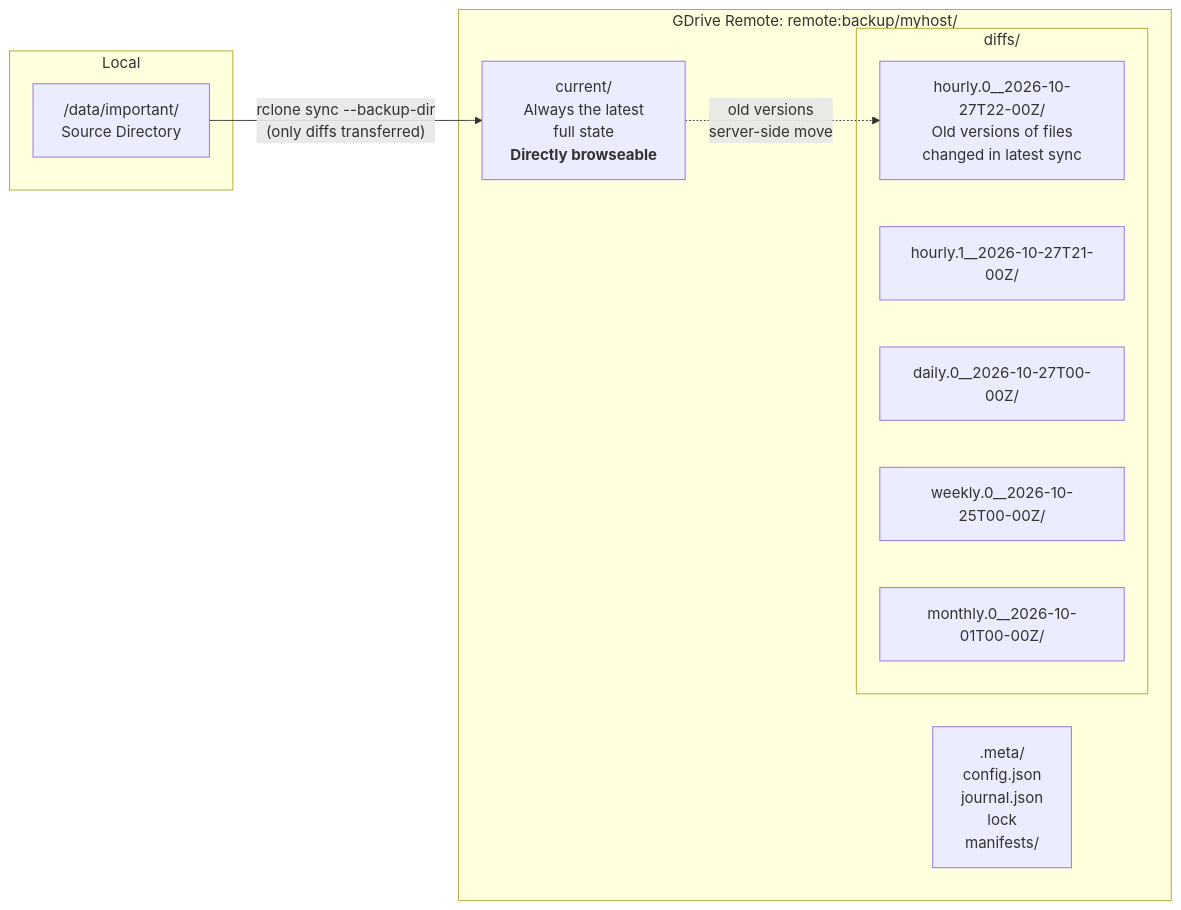
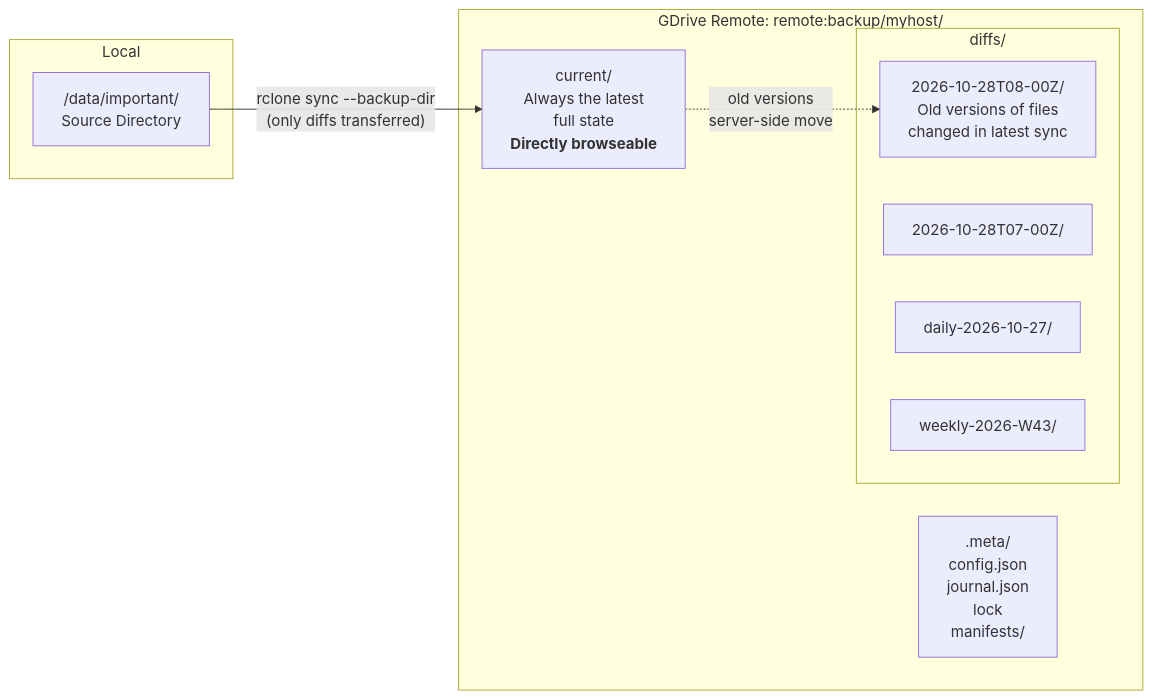
One commit to shabeer/incr_backup changed the first of 3 diagrams in docs/IMPLEMENTATION_PLAN.md. Above: the diagram before and after it, drawn with Mermaid. The commit also changed other lines of this file and 23 other files, not shown here.

````diff
--- a/docs/IMPLEMENTATION_PLAN.md
+++ b/docs/IMPLEMENTATION_PLAN.md
@@ -36,21 +37,20 @@
 ```mermaid
 flowchart LR
     subgraph "Local"
         SRC["/data/important/<br/>Source Directory"]
     end
 
     subgraph "GDrive Remote: remote:backup/myhost/"
         CUR["current/<br/>Always the latest<br/>full state<br/><b>Directly browseable</b>"]
         subgraph "diffs/"
-            D0["hourly.0__2026-10-27T22-00Z/<br/>Old versions of files<br/>changed in latest sync"]
-            D1["hourly.1__2026-10-27T21-00Z/"]
-            D2["daily.0__2026-10-27T00-00Z/"]
-            D3["weekly.0__2026-10-25T00-00Z/"]
-            D4["monthly.0__2026-10-01T00-00Z/"]
+            D0["2026-10-28T08-00Z/<br/>Old versions of files<br/>changed in latest sync"]
+            D1["2026-10-28T07-00Z/"]
+            D2["daily-2026-10-27/"]
+            D3["weekly-2026-W43/"]
         end
         META[".meta/<br/>config.json<br/>journal.json<br/>lock<br/>manifests/"]
     end
 
     SRC -->|"rclone sync --backup-dir<br/>(only diffs transferred)"| CUR
     CUR -.->|"old versions<br/>server-side move"| D0
 ```
````
